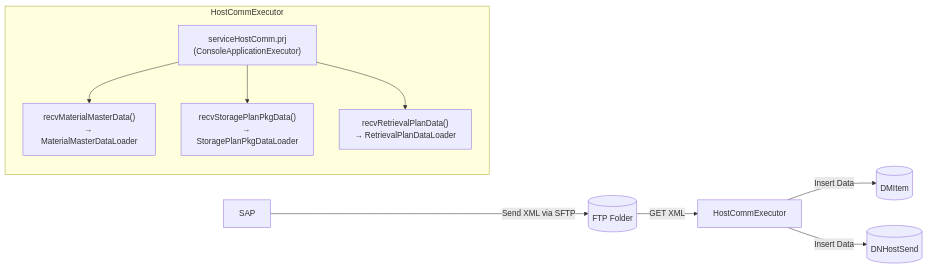
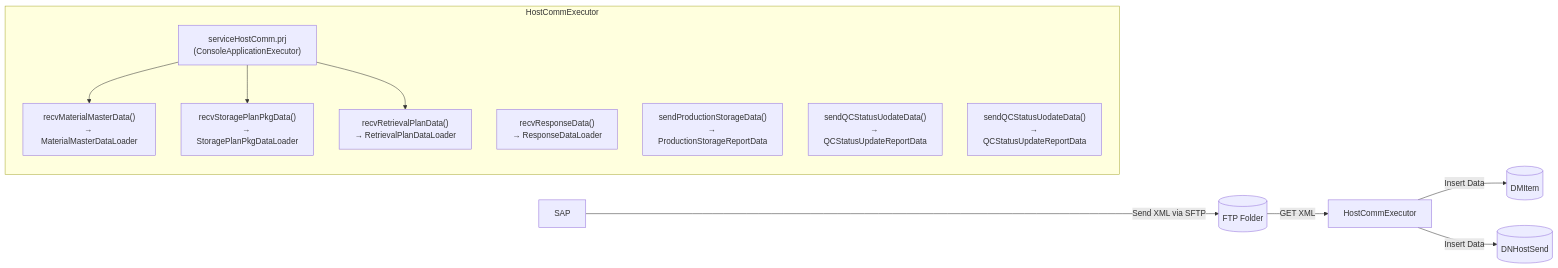
The diagram in Basic-Design/Host-Interfaces.md (luthfiadityaa/SimeDarby-Wiki), drawn with Mermaid before and after one commit.

Commit message:
Updated Host Interfaces

```diff
--- a/Basic-Design/Host-Interfaces.md
+++ b/Basic-Design/Host-Interfaces.md
@@ -31,17 +31,21 @@
 ::: mermaid
 flowchart LR
     A[SAP] -->|Send XML via SFTP| B[(FTP Folder)]
     B -->|GET XML| C[HostCommExecutor]
     C -->|Insert Data| E[(DMItem)]
     C -->|Insert Data| F[(DNHostSend)]
 
     subgraph HostCommExecutor
         C1["serviceHostComm.prj<br>(ConsoleApplicationExecutor)"]
         C2["recvMaterialMasterData()<br>→ MaterialMasterDataLoader"]
         C3["recvStoragePlanPkgData()<br>→ StoragePlanPkgDataLoader"]
         C4["recvRetrievalPlanData()<br>→ RetrievalPlanDataLoader"]
+        C5["recvResponseData()<br>→ ResponseDataLoader"]
+        C6["sendProductionStorageData()<br>→ ProductionStorageReportData"]
+        C7["sendQCStatusUodateData()<br>→ QCStatusUpdateReportData"]
+        C8["sendQCStatusUodateData()<br>→ QCStatusUpdateReportData"]
         C1 --> C2
         C1 --> C3
         C1 --> C4
     end
 :::
```
